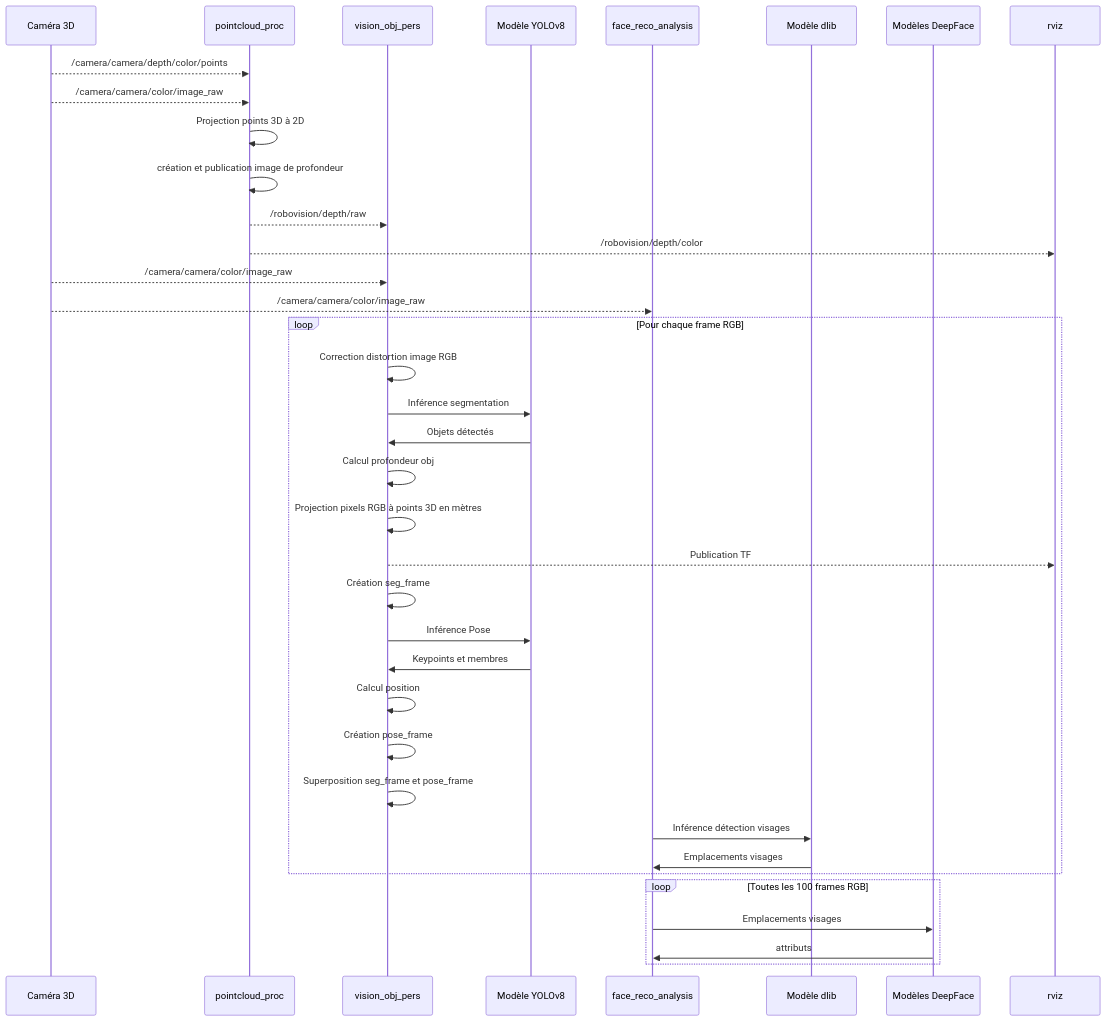
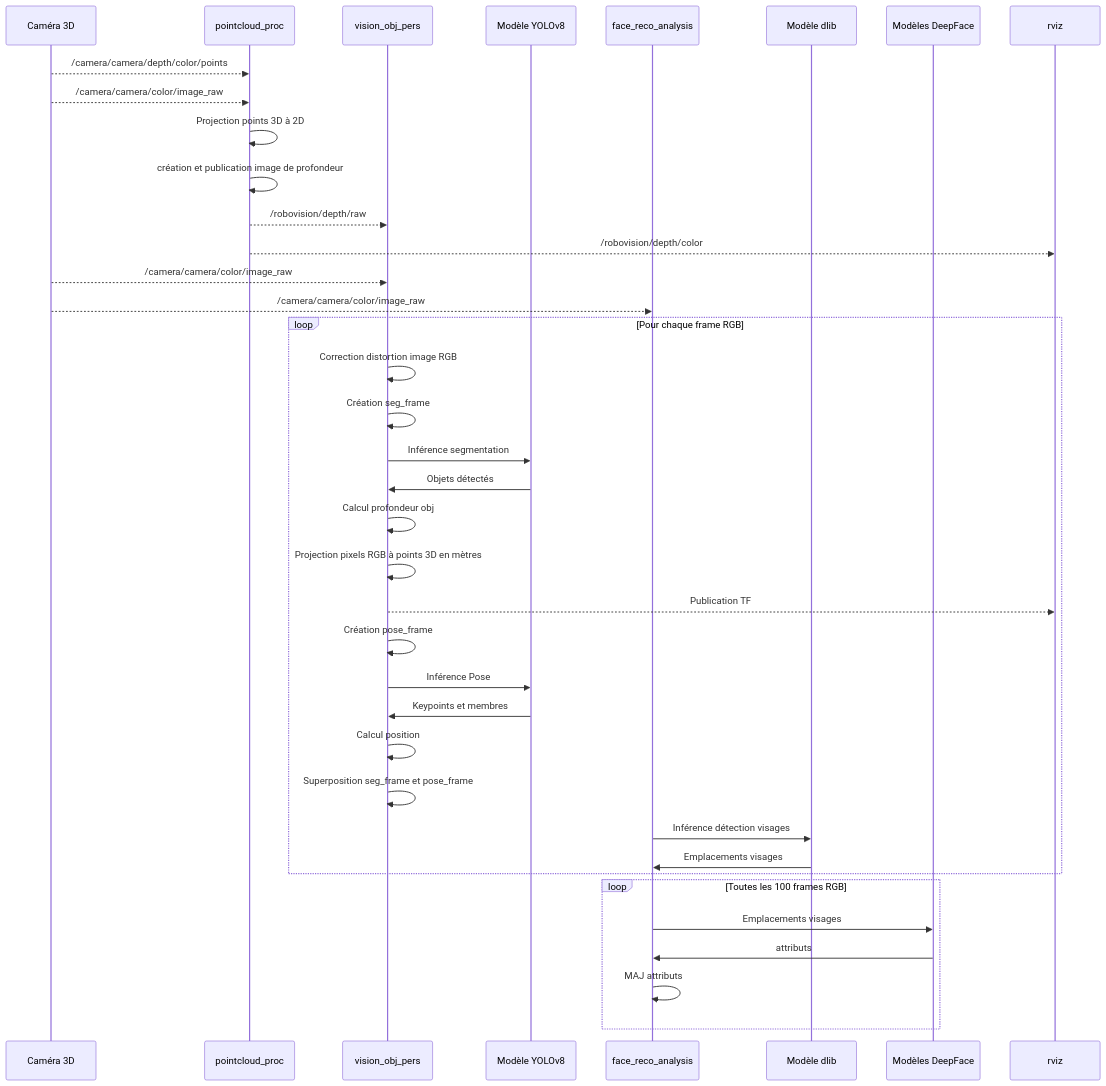
Before and after one commit to SlendyBoy/Robovision: the second of 2 diagrams in README.md, drawn with Mermaid. The commit also changed other lines of this file and 21 other files, not shown here.

````diff
--- a/README.md
+++ b/README.md
@@ -107,44 +113,47 @@
 ```mermaid
 sequenceDiagram
 participant Camera3D as Caméra 3D
 participant pointcloud_proc as pointcloud_proc
 participant vision_obj_pers as vision_obj_pers
 participant YOLOv8 as Modèle YOLOv8
 participant face_reco_analysis as face_reco_analysis
 participant dlib as Modèle dlib
 participant deepface as Modèles DeepFace
 participant rviz as rviz
 
 Camera3D-->>pointcloud_proc: /camera/camera/depth/color/points
 Camera3D-->>pointcloud_proc: /camera/camera/color/image_raw
 pointcloud_proc->>pointcloud_proc: Projection points 3D à 2D
 pointcloud_proc->>pointcloud_proc: création et publication image de profondeur
 pointcloud_proc-->>vision_obj_pers: /robovision/depth/raw
 pointcloud_proc-->>rviz: /robovision/depth/color
 Camera3D-->>vision_obj_pers: /camera/camera/color/image_raw
 Camera3D-->>face_reco_analysis: /camera/camera/color/image_raw
 
 loop Pour chaque frame RGB
 
 vision_obj_pers->>vision_obj_pers: Correction distortion image RGB
+vision_obj_pers->>vision_obj_pers: Création seg_frame
 vision_obj_pers->>YOLOv8: Inférence segmentation
 YOLOv8->>vision_obj_pers: Objets détectés
 vision_obj_pers->>vision_obj_pers: Calcul profondeur obj
 vision_obj_pers->>vision_obj_pers: Projection pixels RGB à points 3D en mètres
 vision_obj_pers-->>rviz: Publication TF
-vision_obj_pers->>vision_obj_pers: Création seg_frame
+
+vision_obj_pers->>vision_obj_pers: Création pose_frame
 vision_obj_pers->>YOLOv8: Inférence Pose
 YOLOv8->>vision_obj_pers: Keypoints et membres
 vision_obj_pers->>vision_obj_pers: Calcul position
-vision_obj_pers->>vision_obj_pers: Création pose_frame
+
 vision_obj_pers->>vision_obj_pers: Superposition seg_frame et pose_frame
 
 face_reco_analysis->>dlib: Inférence détection visages
 dlib->>face_reco_analysis: Emplacements visages
 end
 
 loop Toutes les 100 frames RGB
 face_reco_analysis->>deepface: Emplacements visages
 deepface->>face_reco_analysis: attributs
+face_reco_analysis->>face_reco_analysis: MAJ attributs
 end
 ```
````
